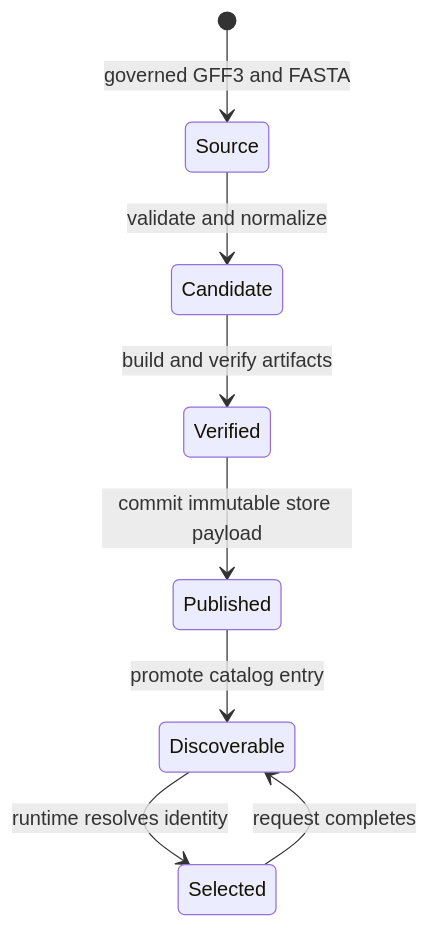
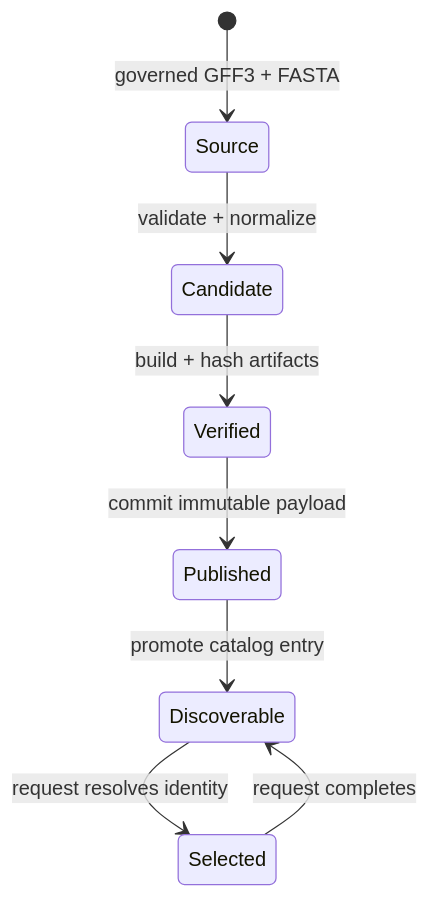
One commit to bijux/bijux-atlas changed the first of 2 diagrams in docs/bijux-atlas/foundations/dataset-model.md. Above: the diagram before and after it, drawn with Mermaid. The commit also changed other lines of this file and 2 other files, not shown here.

Commit message:
docs(data): connect dataset identity to request execution

````diff
--- a/docs/bijux-atlas/foundations/dataset-model.md
+++ b/docs/bijux-atlas/foundations/dataset-model.md
@@ -20,10 +22,10 @@
 ```mermaid
 stateDiagram-v2
-    [*] --> Source: governed GFF3 and FASTA
-    Source --> Candidate: validate and normalize
-    Candidate --> Verified: build and verify artifacts
-    Verified --> Published: commit immutable store payload
+    [*] --> Source: governed GFF3 + FASTA
+    Source --> Candidate: validate + normalize
+    Candidate --> Verified: build + hash artifacts
+    Verified --> Published: commit immutable payload
     Published --> Discoverable: promote catalog entry
-    Discoverable --> Selected: runtime resolves identity
+    Discoverable --> Selected: request resolves identity
     Selected --> Discoverable: request completes
 ```
````
